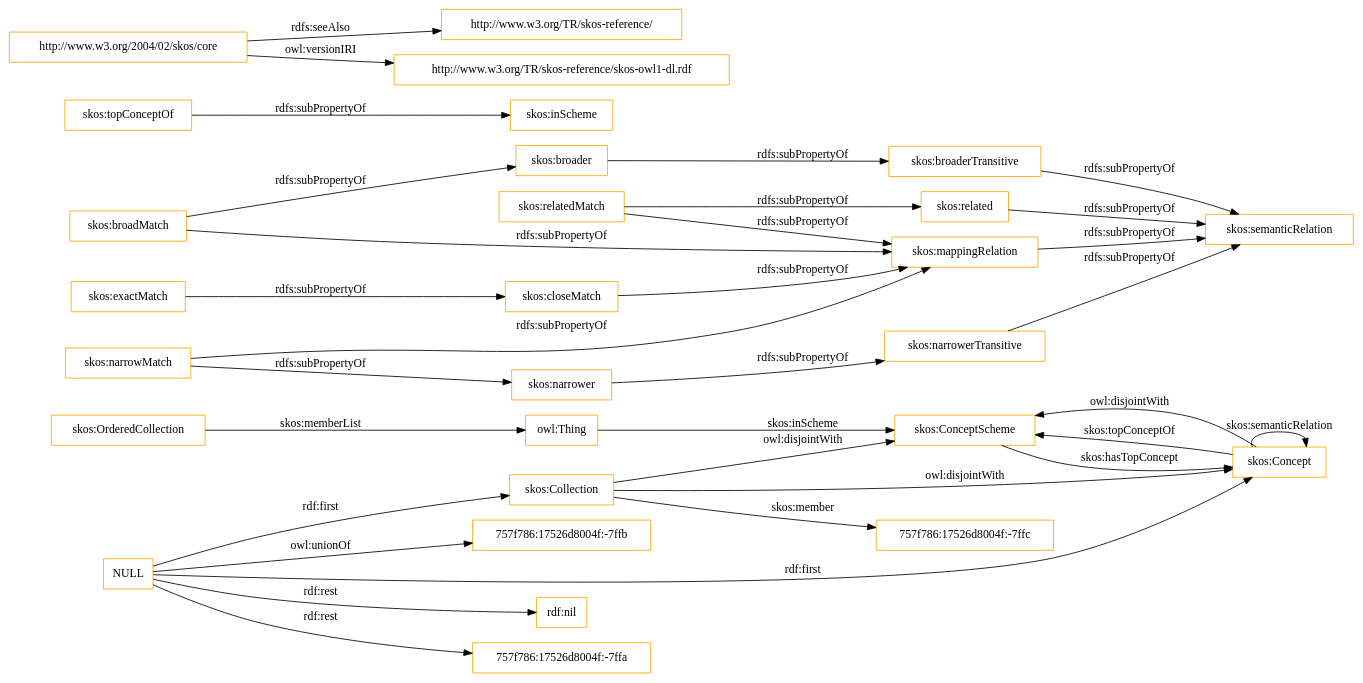
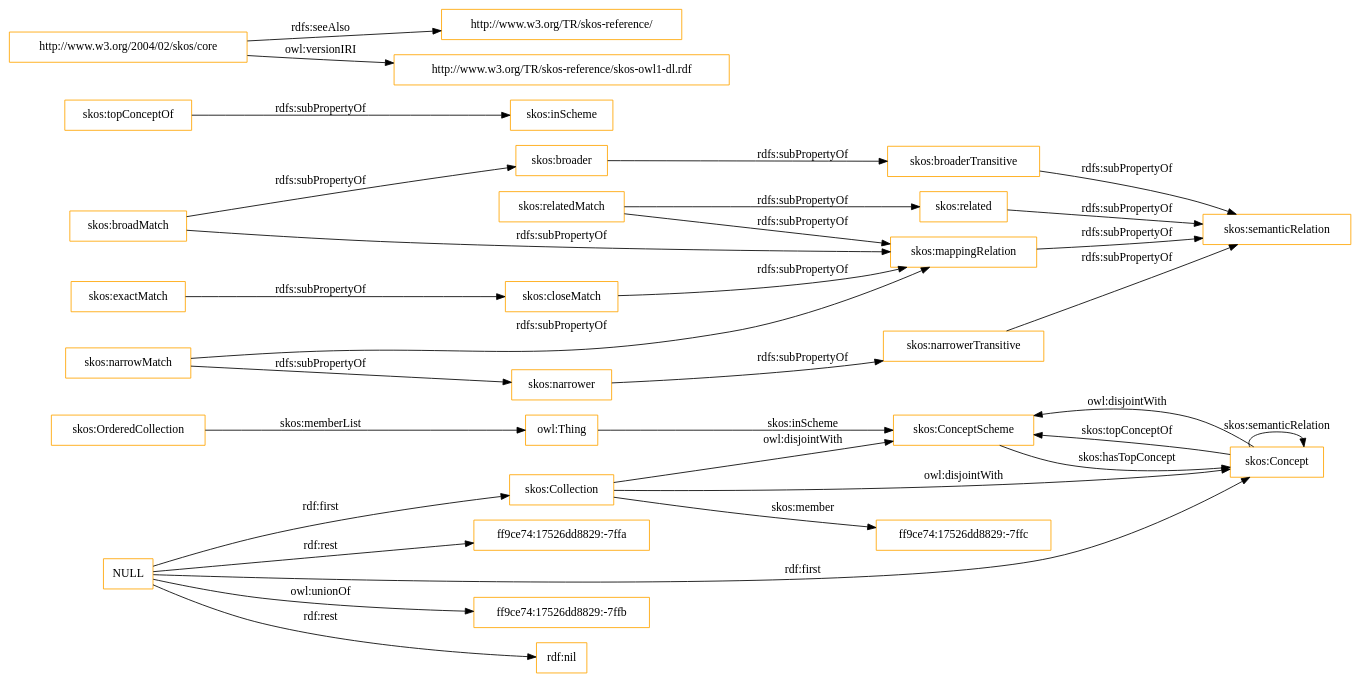
The diagram in OnToology/imports/skos.owl/diagrams/ar2dtool-class/skos.owl.png.dot (OnToologyUser/core-ontology-1), drawn with Graphviz before and after one commit. The commit also changed 14 other files, not shown here.

```diff
--- a/OnToology/imports/skos.owl/diagrams/ar2dtool-class/skos.owl.png.dot
+++ b/OnToology/imports/skos.owl/diagrams/ar2dtool-class/skos.owl.png.dot
@@ -1,37 +1,37 @@
 digraph ar2dtool_diagram { 
 rankdir=LR;
 size="1501"
-node [shape = rectangle, color="orange"]; "skos:OrderedCollection" "skos:ConceptScheme" "skos:Concept" "skos:Collection" "757f786:17526d8004f:-7ffc" ; /*classes style*/
+node [shape = rectangle, color="orange"]; "skos:OrderedCollection" "skos:ConceptScheme" "skos:Concept" "skos:Collection" "ff9ce74:17526dd8829:-7ffc" ; /*classes style*/
 	"skos:narrowerTransitive" -> "skos:semanticRelation" [ label = "rdfs:subPropertyOf" ];
+	"NULL" -> "ff9ce74:17526dd8829:-7ffb" [ label = "owl:unionOf" ];
 	"NULL" -> "rdf:nil" [ label = "rdf:rest" ];
 	"NULL" -> "skos:Concept" [ label = "rdf:first" ];
-	"NULL" -> "757f786:17526d8004f:-7ffa" [ label = "rdf:rest" ];
+	"NULL" -> "ff9ce74:17526dd8829:-7ffa" [ label = "rdf:rest" ];
 	"NULL" -> "skos:Collection" [ label = "rdf:first" ];
-	"NULL" -> "757f786:17526d8004f:-7ffb" [ label = "owl:unionOf" ];
 	"skos:closeMatch" -> "skos:mappingRelation" [ label = "rdfs:subPropertyOf" ];
 	"skos:Concept" -> "skos:ConceptScheme" [ label = "owl:disjointWith" ];
 	"skos:relatedMatch" -> "skos:related" [ label = "rdfs:subPropertyOf" ];
 	"skos:relatedMatch" -> "skos:mappingRelation" [ label = "rdfs:subPropertyOf" ];
 	"skos:related" -> "skos:semanticRelation" [ label = "rdfs:subPropertyOf" ];
 	"skos:topConceptOf" -> "skos:inScheme" [ label = "rdfs:subPropertyOf" ];
 	"skos:broadMatch" -> "skos:mappingRelation" [ label = "rdfs:subPropertyOf" ];
 	"skos:broadMatch" -> "skos:broader" [ label = "rdfs:subPropertyOf" ];
 	"skos:exactMatch" -> "skos:closeMatch" [ label = "rdfs:subPropertyOf" ];
 	"skos:broaderTransitive" -> "skos:semanticRelation" [ label = "rdfs:subPropertyOf" ];
 	"skos:broader" -> "skos:broaderTransitive" [ label = "rdfs:subPropertyOf" ];
 	"skos:mappingRelation" -> "skos:semanticRelation" [ label = "rdfs:subPropertyOf" ];
 	"http://www.w3.org/2004/02/skos/core" -> "http://www.w3.org/TR/skos-reference/" [ label = "rdfs:seeAlso" ];
 	"http://www.w3.org/2004/02/skos/core" -> "http://www.w3.org/TR/skos-reference/skos-owl1-dl.rdf" [ label = "owl:versionIRI" ];
 	"skos:Collection" -> "skos:ConceptScheme" [ label = "owl:disjointWith" ];
 	"skos:Collection" -> "skos:Concept" [ label = "owl:disjointWith" ];
 	"skos:narrower" -> "skos:narrowerTransitive" [ label = "rdfs:subPropertyOf" ];
 	"skos:narrowMatch" -> "skos:narrower" [ label = "rdfs:subPropertyOf" ];
 	"skos:narrowMatch" -> "skos:mappingRelation" [ label = "rdfs:subPropertyOf" ];
 	"skos:OrderedCollection" -> "owl:Thing" [ label = "skos:memberList" ];
 	"skos:Concept" -> "skos:ConceptScheme" [ label = "skos:topConceptOf" ];
 	"skos:Concept" -> "skos:Concept" [ label = "skos:semanticRelation" ];
-	"skos:Collection" -> "757f786:17526d8004f:-7ffc" [ label = "skos:member" ];
+	"skos:Collection" -> "ff9ce74:17526dd8829:-7ffc" [ label = "skos:member" ];
 	"skos:ConceptScheme" -> "skos:Concept" [ label = "skos:hasTopConcept" ];
 	"owl:Thing" -> "skos:ConceptScheme" [ label = "skos:inScheme" ];
 
 }
```
